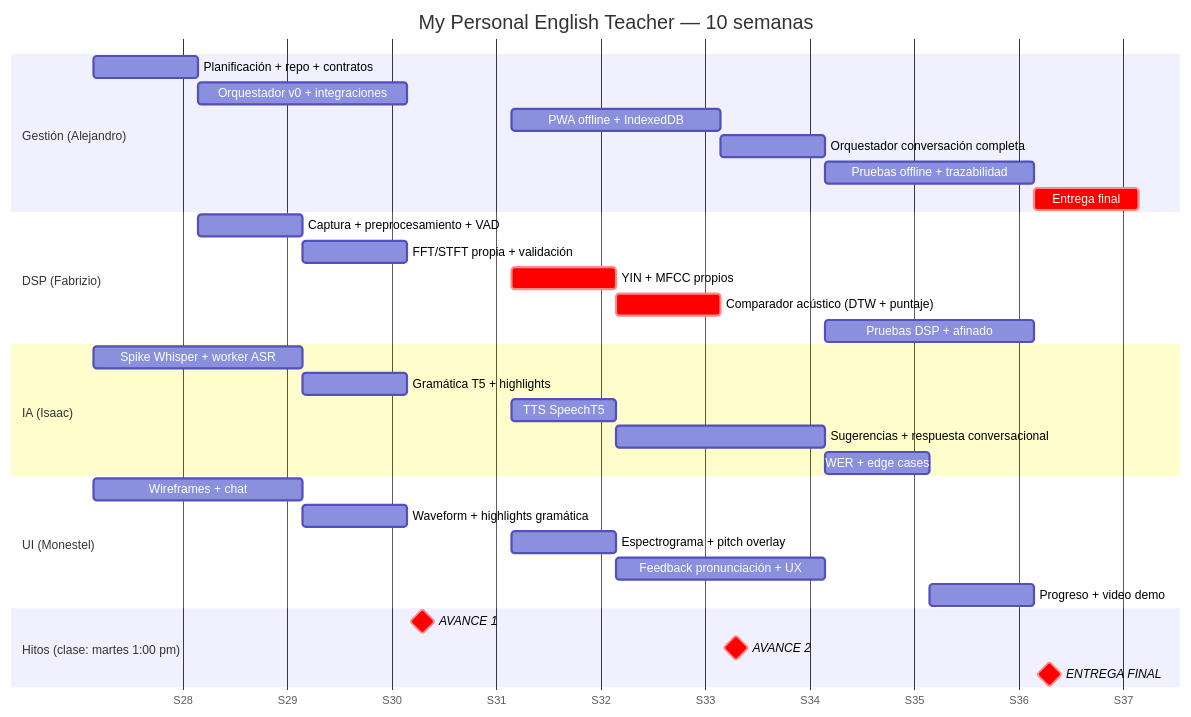
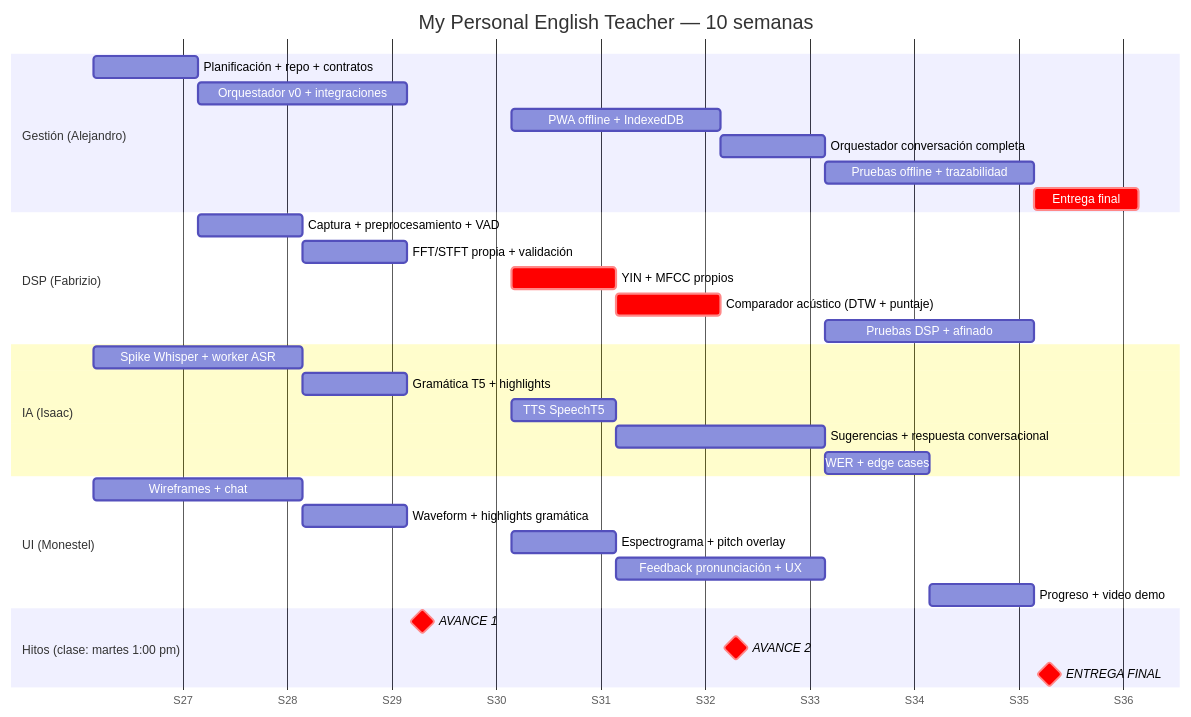
Before and after one commit to HumanoidCat/mpet: the diagram in docs/05-roadmap.md, drawn with Mermaid. The commit also changed other lines of this file and 9 other files, not shown here.

````diff
--- a/docs/05-roadmap.md
+++ b/docs/05-roadmap.md
@@ -3,40 +3,40 @@
 ```mermaid
 gantt
     title My Personal English Teacher — 10 semanas
     dateFormat YYYY-MM-DD
     axisFormat S%W
 
     section Gestión (Alejandro)
-    Planificación + repo + contratos       :done_a1, 2026-07-13, 7d
-    Orquestador v0 + integraciones          :a2, 2026-07-20, 14d
-    PWA offline + IndexedDB                 :a3, 2026-08-10, 14d
-    Orquestador conversación completa       :a4, 2026-08-24, 7d
-    Pruebas offline + trazabilidad          :a5, 2026-08-31, 14d
-    Entrega final                           :crit, a6, 2026-09-14, 7d
+    Planificación + repo + contratos       :done_a1, 2026-07-06, 7d
+    Orquestador v0 + integraciones          :a2, 2026-07-13, 14d
+    PWA offline + IndexedDB                 :a3, 2026-08-03, 14d
+    Orquestador conversación completa       :a4, 2026-08-17, 7d
+    Pruebas offline + trazabilidad          :a5, 2026-08-24, 14d
+    Entrega final                           :crit, a6, 2026-09-07, 7d
 
     section DSP (Fabrizio)
-    Captura + preprocesamiento + VAD        :f1, 2026-07-20, 7d
-    FFT/STFT propia + validación            :f2, 2026-07-27, 7d
-    YIN + MFCC propios                      :crit, f3, 2026-08-10, 7d
-    Comparador acústico (DTW + puntaje)     :crit, f4, 2026-08-17, 7d
-    Pruebas DSP + afinado                   :f5, 2026-08-31, 14d
+    Captura + preprocesamiento + VAD        :f1, 2026-07-13, 7d
+    FFT/STFT propia + validación            :f2, 2026-07-20, 7d
+    YIN + MFCC propios                      :crit, f3, 2026-08-03, 7d
+    Comparador acústico (DTW + puntaje)     :crit, f4, 2026-08-10, 7d
+    Pruebas DSP + afinado                   :f5, 2026-08-24, 14d
 
     section IA (Isaac)
-    Spike Whisper + worker ASR              :i1, 2026-07-13, 14d
-    Gramática T5 + highlights               :i2, 2026-07-27, 7d
-    TTS SpeechT5                            :i3, 2026-08-10, 7d
-    Sugerencias + respuesta conversacional  :i4, 2026-08-17, 14d
-    WER + edge cases                        :i5, 2026-08-31, 7d
+    Spike Whisper + worker ASR              :i1, 2026-07-06, 14d
+    Gramática T5 + highlights               :i2, 2026-07-20, 7d
+    TTS SpeechT5                            :i3, 2026-08-03, 7d
+    Sugerencias + respuesta conversacional  :i4, 2026-08-10, 14d
+    WER + edge cases                        :i5, 2026-08-24, 7d
 
     section UI (Monestel)
-    Wireframes + chat                       :m1, 2026-07-13, 14d
-    Waveform + highlights gramática         :m2, 2026-07-27, 7d
-    Espectrograma + pitch overlay           :m3, 2026-08-10, 7d
-    Feedback pronunciación + UX             :m4, 2026-08-17, 14d
-    Progreso + video demo                   :m5, 2026-09-07, 7d
+    Wireframes + chat                       :m1, 2026-07-06, 14d
+    Waveform + highlights gramática         :m2, 2026-07-20, 7d
+    Espectrograma + pitch overlay           :m3, 2026-08-03, 7d
+    Feedback pronunciación + UX             :m4, 2026-08-10, 14d
+    Progreso + video demo                   :m5, 2026-08-31, 7d
 
     section Hitos (clase: martes 1:00 pm)
-    AVANCE 1                                :milestone, crit, 2026-08-04, 0d
-    AVANCE 2                                :milestone, crit, 2026-08-25, 0d
-    ENTREGA FINAL                           :milestone, crit, 2026-09-15, 0d
+    AVANCE 1                                :milestone, crit, 2026-07-28, 0d
+    AVANCE 2                                :milestone, crit, 2026-08-18, 0d
+    ENTREGA FINAL                           :milestone, crit, 2026-09-08, 0d
 ```
````
